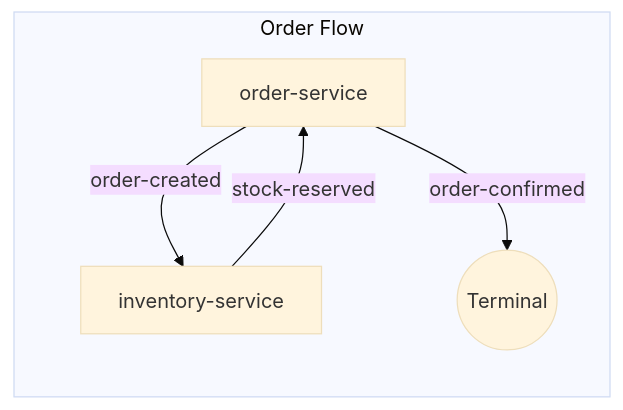
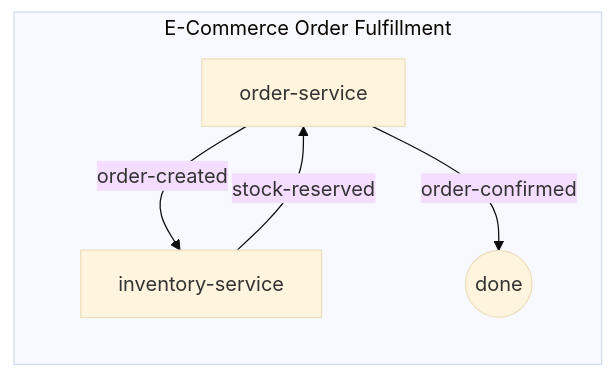
Before and after one commit to filozofira/spas: the first of 2 diagrams in examples/domains/README.md, drawn with Mermaid (base theme). The commit also changed other lines of this file and 1 other file, not shown here.

````diff
--- a/examples/domains/README.md
+++ b/examples/domains/README.md
@@ -44,8 +76,8 @@
 ```mermaid
 flowchart LR
-    subgraph Order Flow
-        A[order-service] -->|order-created| B[inventory-service]
-        B -->|stock-reserved| A
-        A -->|order-confirmed| C((Terminal))
+    subgraph E-Commerce Order Fulfillment
+        OS[order-service] -->|order-created| IS[inventory-service]
+        IS -->|stock-reserved| OS
+        OS -->|order-confirmed| END((done))
     end
 ```
````
